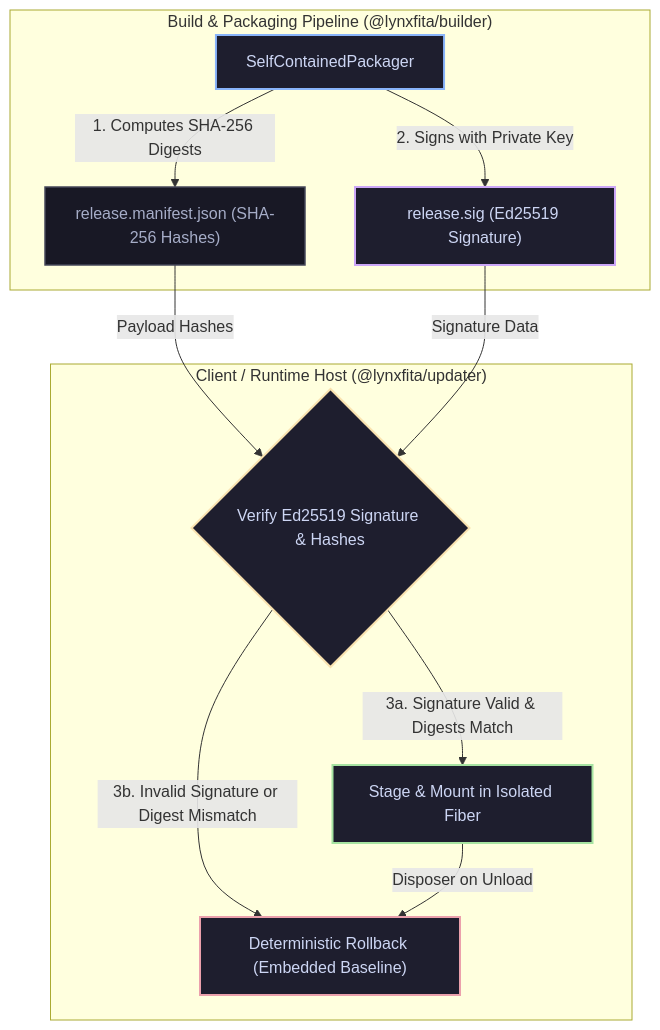
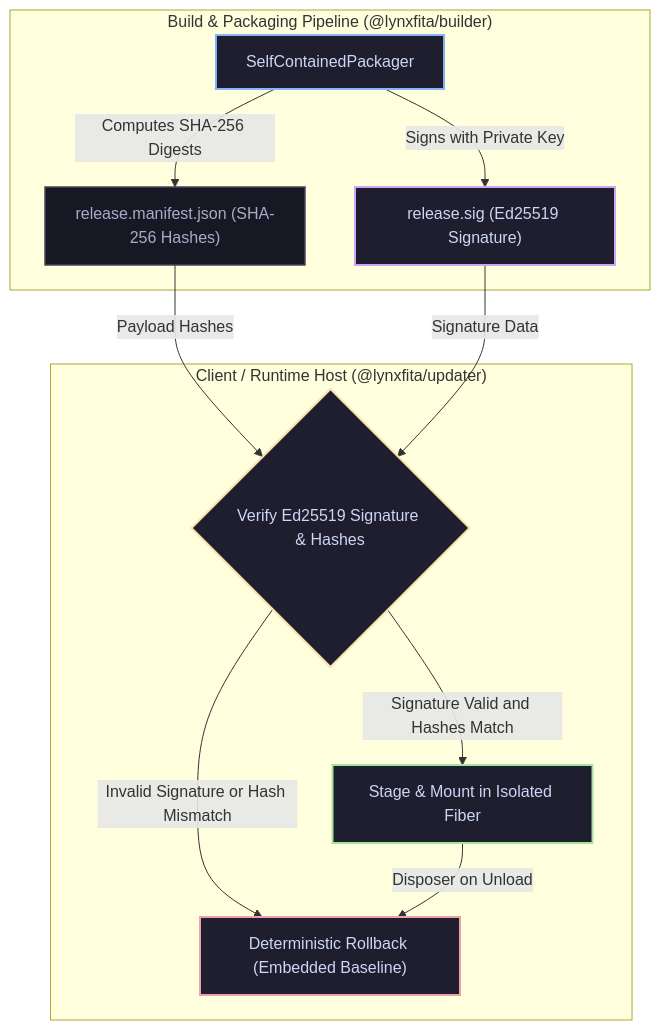
Before and after one commit to aleffita/lynxfita: the fourth of 4 diagrams in README.md, drawn with Mermaid. The commit also changed other lines of this file, not shown here.

Commit message:
style(docs): clean up numeric edge prefixes and special characters across architecture diagrams

````diff
--- a/README.md
+++ b/README.md
@@ -190,29 +190,29 @@
 ```mermaid
 flowchart TD
     classDef builder fill:#1e1e2e,stroke:#89b4fa,stroke-width:2px,color:#cdd6f4
     classDef manifest fill:#181825,stroke:#45475a,stroke-width:1.5px,color:#a6adc8
     classDef crypto fill:#1e1e2e,stroke:#cba6f7,stroke-width:2px,color:#cdd6f4
     classDef decision fill:#1e1e2e,stroke:#f9e2af,stroke-width:2px,color:#cdd6f4
     classDef success fill:#1e1e2e,stroke:#a6e3a1,stroke-width:2px,color:#cdd6f4
     classDef rollback fill:#1e1e2e,stroke:#eba0ac,stroke-width:2px,color:#cdd6f4
 
     subgraph Packaging["Build & Packaging Pipeline (@lynxfita/builder)"]
         Packager["SelfContainedPackager"]:::builder
         Manifest["release.manifest.json (SHA-256 Hashes)"]:::manifest
         Sig["release.sig (Ed25519 Signature)"]:::crypto
     end
 
     subgraph Runtime["Client / Runtime Host (@lynxfita/updater)"]
         Verify{"Verify Ed25519 Signature & Hashes"}:::decision
         Stage["Stage & Mount in Isolated Fiber"]:::success
         Baseline["Deterministic Rollback (Embedded Baseline)"]:::rollback
     end
 
-    Packager -->|1. Computes SHA-256 Digests| Manifest
-    Packager -->|2. Signs with Private Key| Sig
+    Packager -->|Computes SHA-256 Digests| Manifest
+    Packager -->|Signs with Private Key| Sig
     Manifest -->|Payload Hashes| Verify
     Sig -->|Signature Data| Verify
-    Verify -->|3a. Signature Valid & Digests Match| Stage
-    Verify -->|3b. Invalid Signature or Digest Mismatch| Baseline
+    Verify -->|Signature Valid and Hashes Match| Stage
+    Verify -->|Invalid Signature or Hash Mismatch| Baseline
     Stage -->|Disposer on Unload| Baseline
 ```
````
